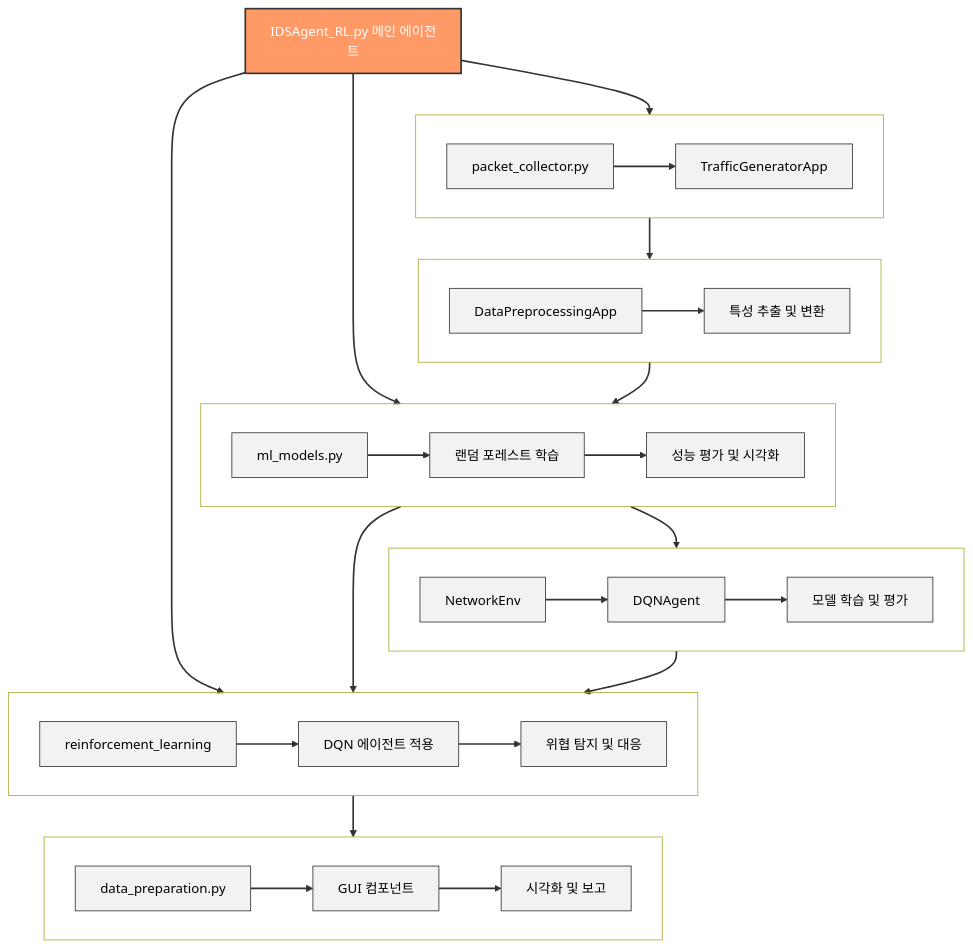
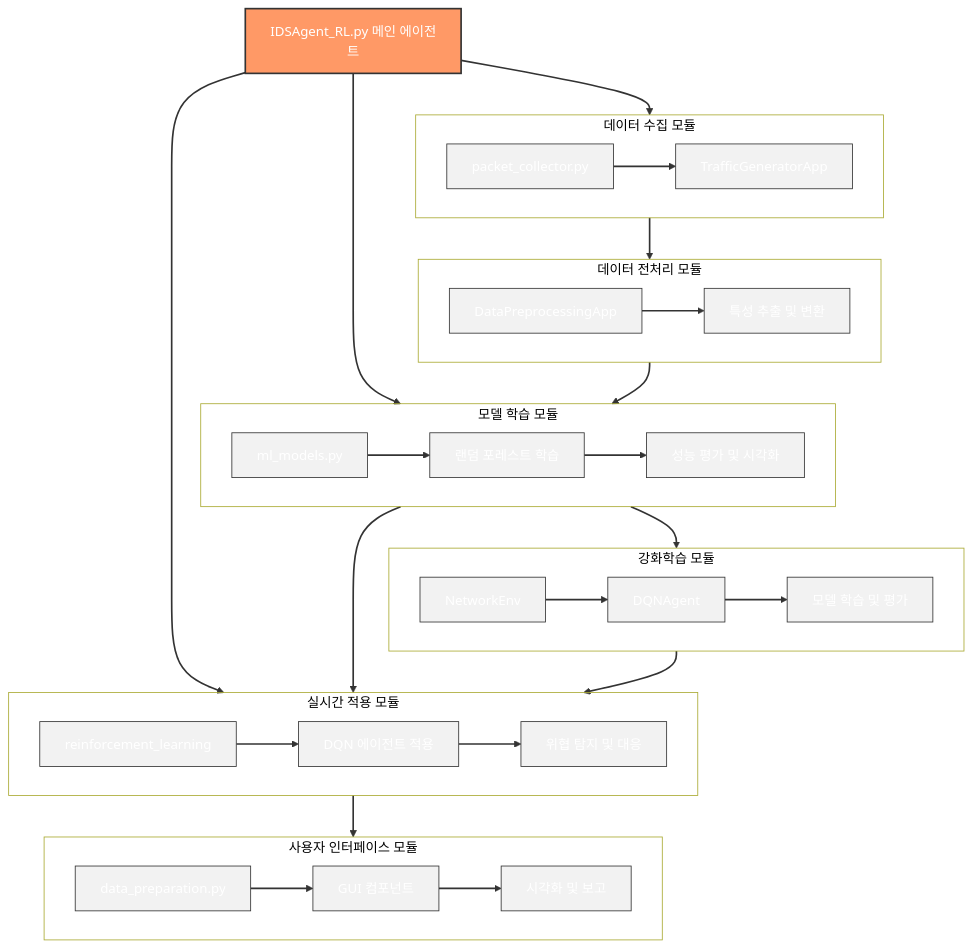
One commit to Es5724/Intrusion_DetectionSystem_AIagent changed the fourth of 4 diagrams in README.md. Above: the diagram before and after it, drawn with Mermaid.

Commit message:
Revert "Update README.md"
This reverts commit d171c4560085ce13584963f9314e0cc174066770.

````diff
--- a/README.md
+++ b/README.md
@@ -362,59 +362,59 @@
 ```mermaid
 flowchart TB
     main["IDSAgent_RL.py 메인 에이전트"]
     
     main --> data
     main --> model
     main --> realtime
     
     %% 모듈 배치
     subgraph data["데이터 수집 모듈"]
         direction LR
         collector["packet_collector.py"] --> generator["TrafficGeneratorApp"]
     end
     
     subgraph preprocess["데이터 전처리 모듈"]
         direction LR
         preprocessing["DataPreprocessingApp"] --> features["특성 추출 및 변환"]
     end
     
     subgraph model["모델 학습 모듈"]
         direction LR
         ml["ml_models.py"] --> rf["랜덤 포레스트 학습"] --> eval["성능 평가 및 시각화"]
     end
     
     subgraph rl["강화학습 모듈"]
         direction LR
         env["NetworkEnv"] --> agent["DQNAgent"] --> train["모델 학습 및 평가"]
     end
     
     subgraph realtime["실시간 적용 모듈"]
         direction LR
         reinforce["reinforcement_learning"] --> dqn["DQN 에이전트 적용"] --> detect["위협 탐지 및 대응"]
     end
     
     subgraph ui["사용자 인터페이스 모듈"]
         direction LR
         prep["data_preparation.py"] --> components["GUI 컴포넌트"] --> visual["시각화 및 보고"]
     end
     
     %% 모듈 간 연결
     data --> preprocess
     preprocess --> model
     model --> realtime
     model --> rl
     rl --> realtime
     realtime --> ui
     
     %% 스타일 정의
     classDef moduleHeader fill:#f96,stroke:#333,stroke-width:2px,color:white;
     class main moduleHeader
     
-    classDef nodeText fill:#f2f2f2,stroke:#333,stroke-width:1px,color:black;
+    classDef nodeText fill:#f2f2f2,stroke:#333,stroke-width:1px,color:white;
     class collector,generator,preprocessing,features,ml,rf,eval,env,agent,train,reinforce,dqn,detect,prep,components,visual nodeText;
     
-    classDef subgraphText fill:transparent,color:white;
+    classDef subgraphText fill:transparent,color:black;
     class data,preprocess,model,rl,realtime,ui subgraphText;
     
     linkStyle default stroke:#333,stroke-width:2px;
 ```
````
